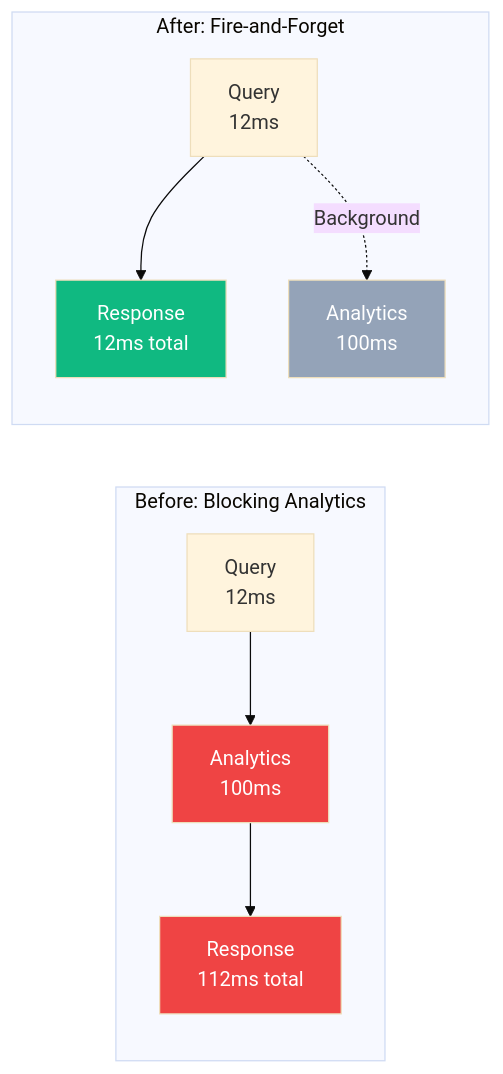
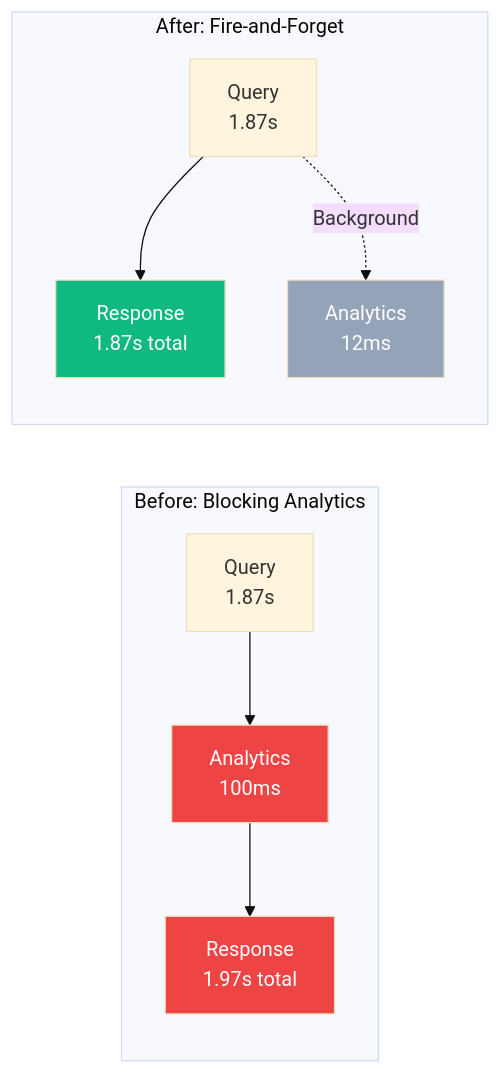
One commit to josejalvarezm/cv-ai-agent changed the second of 3 diagrams in aws-blog-posts/Evolution-Series/01-fire-and-forget-edge-analytics.md. Above: the diagram before and after it, drawn with Mermaid (base theme). The commit also changed other lines of this file and 81 other files, not shown here.

````diff
--- a/aws-blog-posts/Evolution-Series/01-fire-and-forget-edge-analytics.md
+++ b/aws-blog-posts/Evolution-Series/01-fire-and-forget-edge-analytics.md
@@ -146,17 +146,17 @@
 ```mermaid
 graph LR
     subgraph "Before: Blocking Analytics"
-        A1[Query<br/>12ms] --> A2[Analytics<br/>100ms]
-        A2 --> A3[Response<br/>112ms total]
+        A1[Query<br/>1.87s] --> A2[Analytics<br/>100ms]
+        A2 --> A3[Response<br/>1.97s total]
     end
     
     subgraph "After: Fire-and-Forget"
-        B1[Query<br/>12ms] --> B2[Response<br/>12ms total]
-        B1 -.->|Background| B3[Analytics<br/>100ms]
+        B1[Query<br/>1.87s] --> B2[Response<br/>1.87s total]
+        B1 -.->|Background| B3[Analytics<br/>12ms]
     end
     
     style A2 fill:#ef4444,color:#fff
     style A3 fill:#ef4444,color:#fff
     style B2 fill:#10b981,color:#fff
     style B3 fill:#94a3b8,color:#fff
 ```
````
